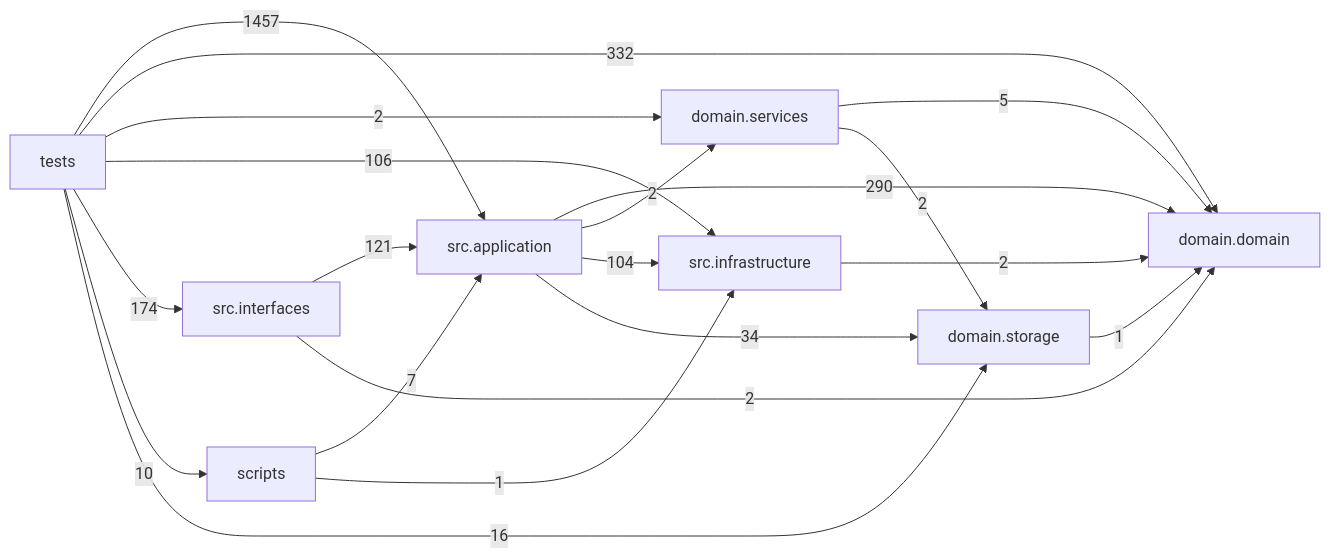
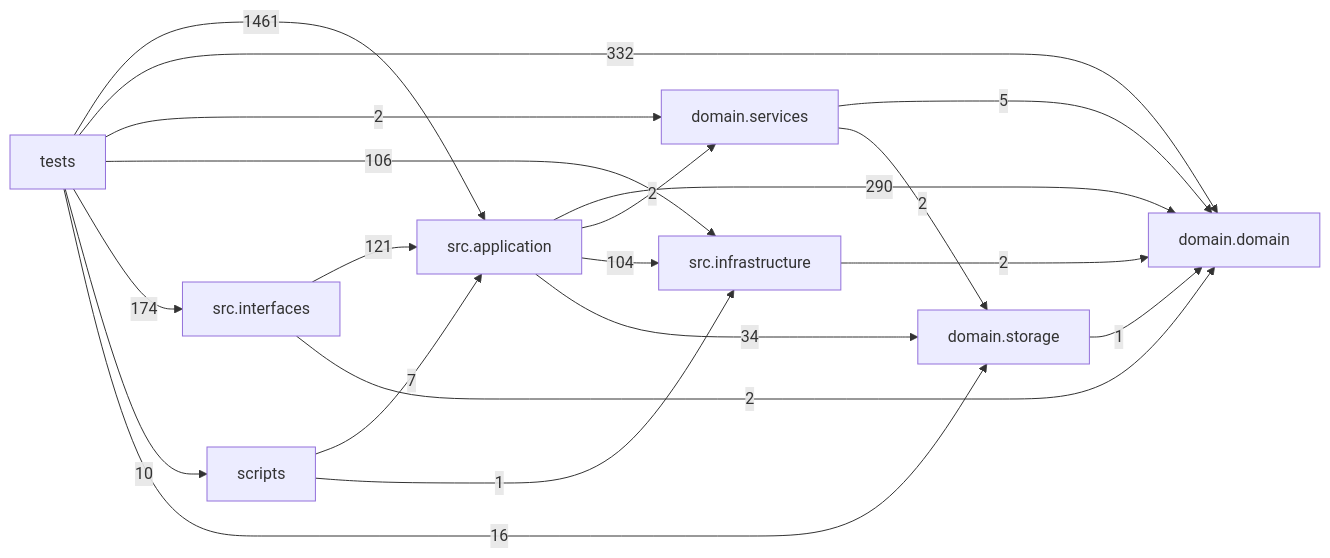
One commit to liuxie066/options-monitor changed the diagram in docs/DEPENDENCY_GRAPH.md. Above: the diagram before and after it, drawn with Mermaid. The commit also changed other lines of this file and 2 other files, not shown here.

````diff
--- a/docs/DEPENDENCY_GRAPH.md
+++ b/docs/DEPENDENCY_GRAPH.md
@@ -24,30 +24,30 @@
 ```mermaid
 flowchart LR
   tests["tests"]
   scripts["scripts"]
   interfaces["src.interfaces"]
   application["src.application"]
   infrastructure["src.infrastructure"]
   domain_services["domain.services"]
   domain["domain.domain"]
   storage["domain.storage"]
   application -->|290| domain
   application -->|2| domain_services
   application -->|104| infrastructure
   application -->|34| storage
   domain_services -->|5| domain
   domain_services -->|2| storage
   infrastructure -->|2| domain
   interfaces -->|121| application
   interfaces -->|2| domain
   scripts -->|7| application
   scripts -->|1| infrastructure
   storage -->|1| domain
-  tests -->|1457| application
+  tests -->|1461| application
   tests -->|332| domain
   tests -->|2| domain_services
   tests -->|106| infrastructure
   tests -->|174| interfaces
   tests -->|10| scripts
   tests -->|16| storage
 ```
````
